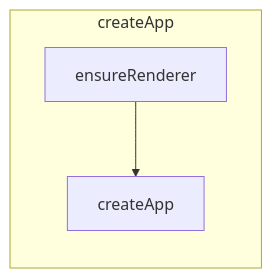
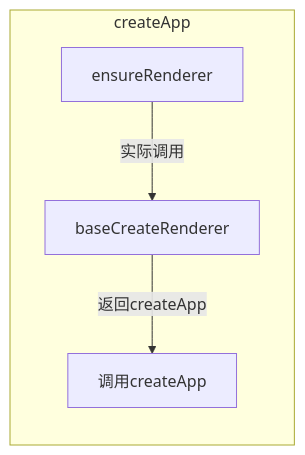
One commit to LiHowe/h-wiki changed the first of 3 diagrams in blog/CO.程序员/FE.前端/Vue/Ver.3/源码解析/CreateApp.md. Above: the diagram before and after it, drawn with Mermaid. The commit also changed other lines of this file and 2 other files, not shown here.

````diff
--- a/blog/CO.程序员/FE.前端/Vue/Ver.3/源码解析/CreateApp.md
+++ b/blog/CO.程序员/FE.前端/Vue/Ver.3/源码解析/CreateApp.md
@@ -17,6 +17,6 @@
 ```mermaid
 graph LR;
 	subgraph createApp
-	ensureRenderer --> E[createApp]
+	ensureRenderer --实际调用--> baseCreateRenderer --返回createApp--> E[调用createApp]
 	end
 ```
````
